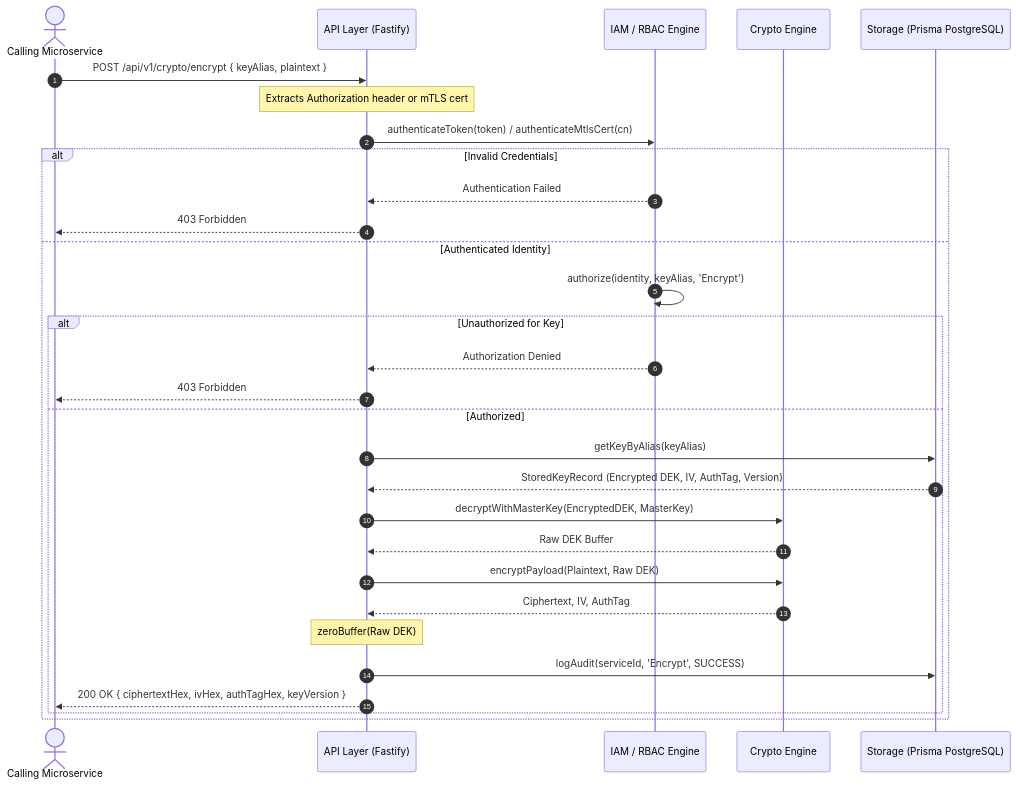
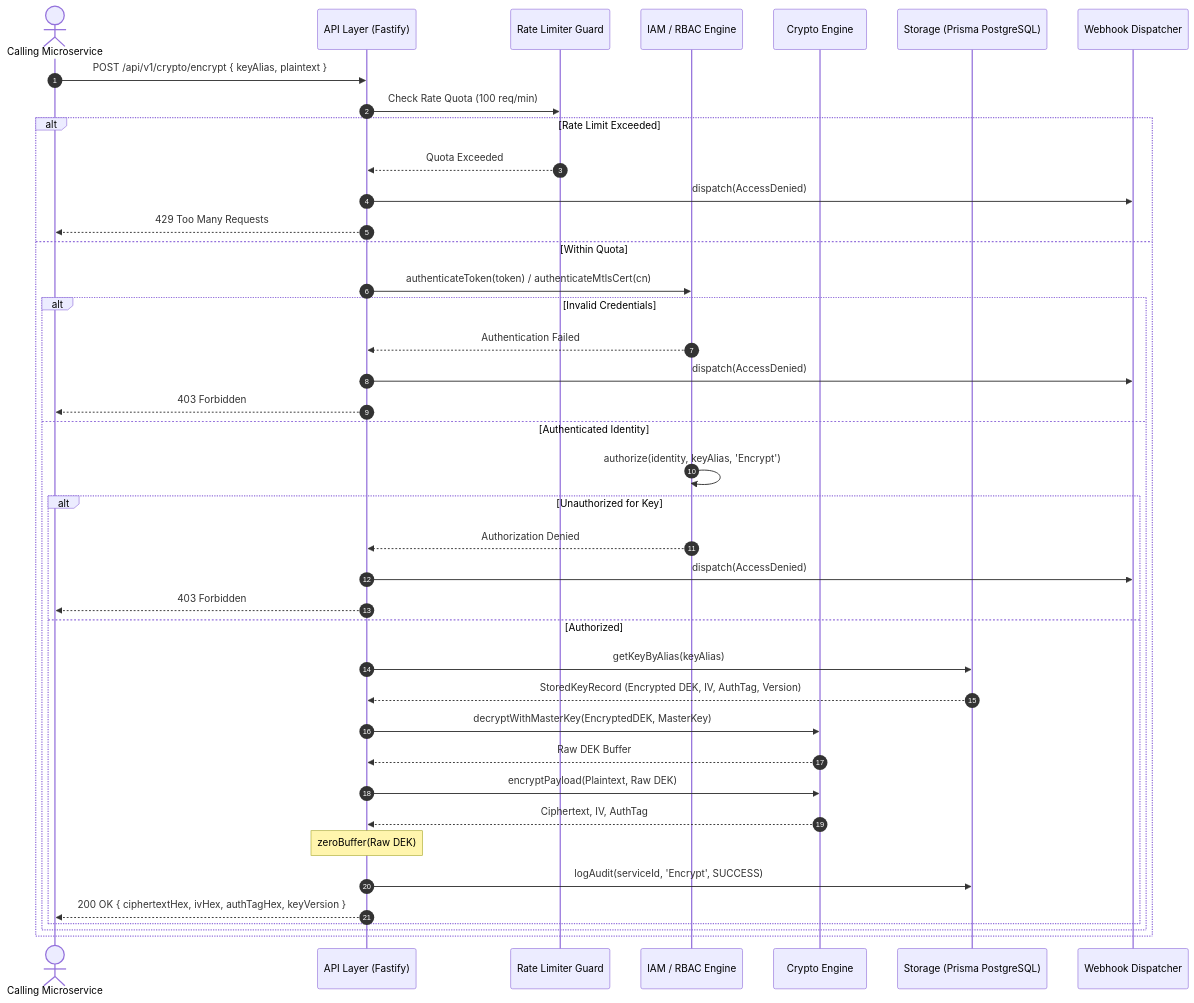
Before and after one commit to Annany2002/Enclave: the second of 2 diagrams in docs/ARCHITECTURE.md, drawn with Mermaid. The commit also changed other lines of this file and 1 other file, not shown here.

Commit message:
docs(arch): update README and system architecture specification for rotation worker, rate limiting, and enc_ prefixes

````diff
--- a/docs/ARCHITECTURE.md
+++ b/docs/ARCHITECTURE.md
@@ -116,33 +136,43 @@
 ```mermaid
 sequenceDiagram
     autonumber
     actor Microservice as Calling Microservice
     participant API as API Layer (Fastify)
+    participant Rate as Rate Limiter Guard
     participant IAM as IAM / RBAC Engine
     participant Crypto as Crypto Engine
     participant DB as Storage (Prisma PostgreSQL)
+    participant Webhook as Webhook Dispatcher
 
     Microservice->>API: POST /api/v1/crypto/encrypt { keyAlias, plaintext }
-    Note over API: Extracts Authorization header or mTLS cert
-    API->>IAM: authenticateToken(token) / authenticateMtlsCert(cn)
-    alt Invalid Credentials
-        IAM-->>API: Authentication Failed
-        API-->>Microservice: 403 Forbidden
-    else Authenticated Identity
-        IAM->>IAM: authorize(identity, keyAlias, 'Encrypt')
-        alt Unauthorized for Key
-            IAM-->>API: Authorization Denied
+    API->>Rate: Check Rate Quota (100 req/min)
+    alt Rate Limit Exceeded
+        Rate-->>API: Quota Exceeded
+        API->>Webhook: dispatch(AccessDenied)
+        API-->>Microservice: 429 Too Many Requests
+    else Within Quota
+        API->>IAM: authenticateToken(token) / authenticateMtlsCert(cn)
+        alt Invalid Credentials
+            IAM-->>API: Authentication Failed
+            API->>Webhook: dispatch(AccessDenied)
             API-->>Microservice: 403 Forbidden
-        else Authorized
-            API->>DB: getKeyByAlias(keyAlias)
-            DB-->>API: StoredKeyRecord (Encrypted DEK, IV, AuthTag, Version)
-            API->>Crypto: decryptWithMasterKey(EncryptedDEK, MasterKey)
-            Crypto-->>API: Raw DEK Buffer
-            API->>Crypto: encryptPayload(Plaintext, Raw DEK)
-            Crypto-->>API: Ciphertext, IV, AuthTag
-            Note over API: zeroBuffer(Raw DEK)
-            API->>DB: logAudit(serviceId, 'Encrypt', SUCCESS)
-            API-->>Microservice: 200 OK { ciphertextHex, ivHex, authTagHex, keyVersion }
+        else Authenticated Identity
+            IAM->>IAM: authorize(identity, keyAlias, 'Encrypt')
+            alt Unauthorized for Key
+                IAM-->>API: Authorization Denied
+                API->>Webhook: dispatch(AccessDenied)
+                API-->>Microservice: 403 Forbidden
+            else Authorized
+                API->>DB: getKeyByAlias(keyAlias)
+                DB-->>API: StoredKeyRecord (Encrypted DEK, IV, AuthTag, Version)
+                API->>Crypto: decryptWithMasterKey(EncryptedDEK, MasterKey)
+                Crypto-->>API: Raw DEK Buffer
+                API->>Crypto: encryptPayload(Plaintext, Raw DEK)
+                Crypto-->>API: Ciphertext, IV, AuthTag
+                Note over API: zeroBuffer(Raw DEK)
+                API->>DB: logAudit(serviceId, 'Encrypt', SUCCESS)
+                API-->>Microservice: 200 OK { ciphertextHex, ivHex, authTagHex, keyVersion }
+            end
         end
     end
 ```
````
